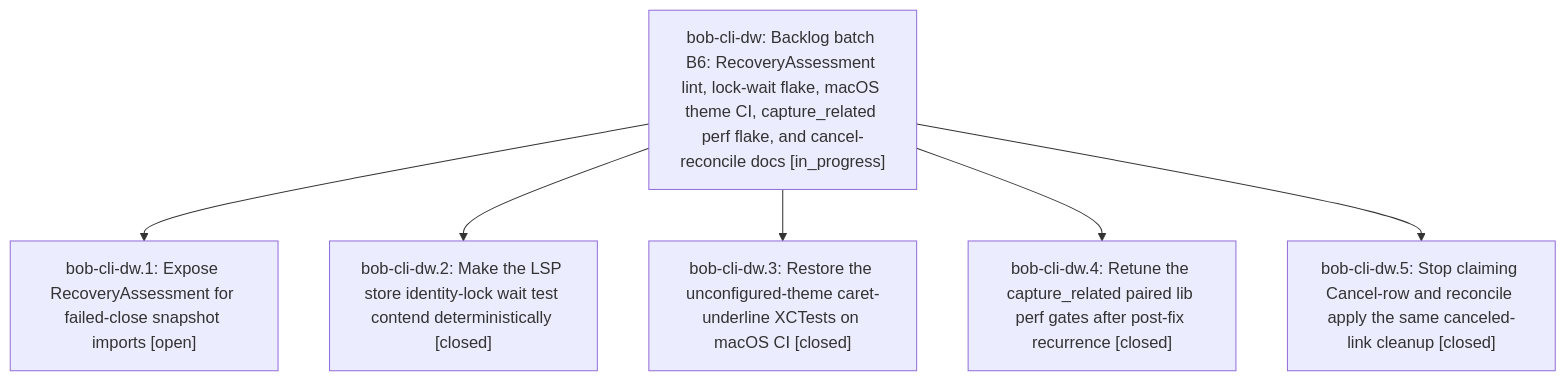
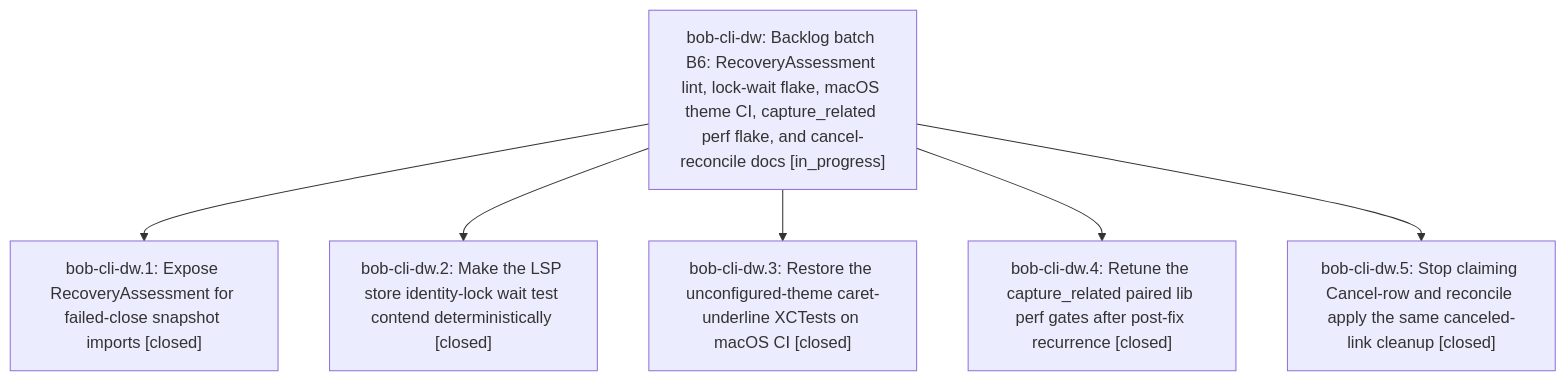
The diagram in pages/bob-cli-dw/README.md (bobs-org/bob-cli--beads), drawn with Mermaid before and after one commit. The commit also changed other lines of this file and 4 other files, not shown here.

First line of the commit message:
chore(beads): sync bead state and pages for bob-cli-dw

````diff
--- a/pages/bob-cli-dw/README.md
+++ b/pages/bob-cli-dw/README.md
@@ -26,14 +26,14 @@
 ```mermaid
 flowchart TD
     n0["bob-cli-dw: Backlog batch B6: RecoveryAssessment lint, lock-wait flake, macOS theme CI, capture_related perf flake, and cancel-reconcile docs [in_progress]"]
-    n1["bob-cli-dw.1: Expose RecoveryAssessment for failed-close snapshot imports [open]"]
+    n1["bob-cli-dw.1: Expose RecoveryAssessment for failed-close snapshot imports [closed]"]
     n2["bob-cli-dw.2: Make the LSP store identity-lock wait test contend deterministically [closed]"]
     n3["bob-cli-dw.3: Restore the unconfigured-theme caret-underline XCTests on macOS CI [closed]"]
     n4["bob-cli-dw.4: Retune the capture_related paired lib perf gates after post-fix recurrence [closed]"]
     n5["bob-cli-dw.5: Stop claiming Cancel-row and reconcile apply the same canceled-link cleanup [closed]"]
     n0 --> n1
     n0 --> n2
     n0 --> n3
     n0 --> n4
     n0 --> n5
 ```
````
